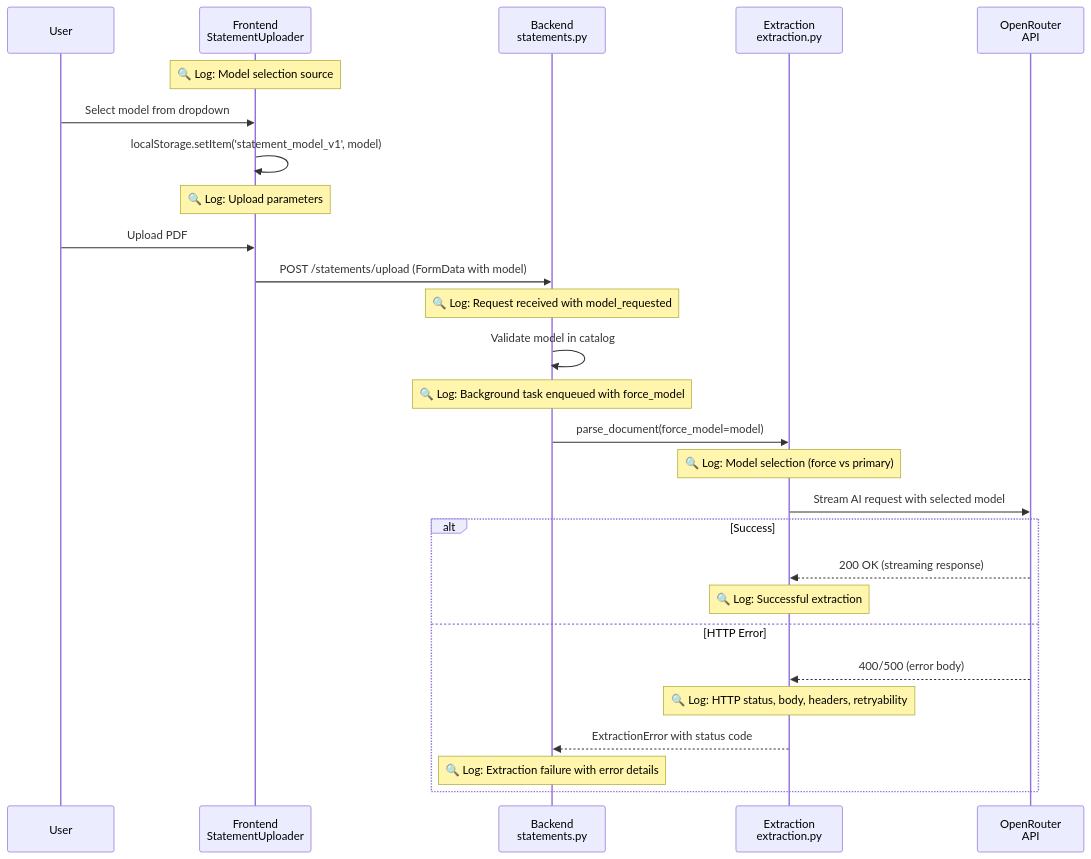
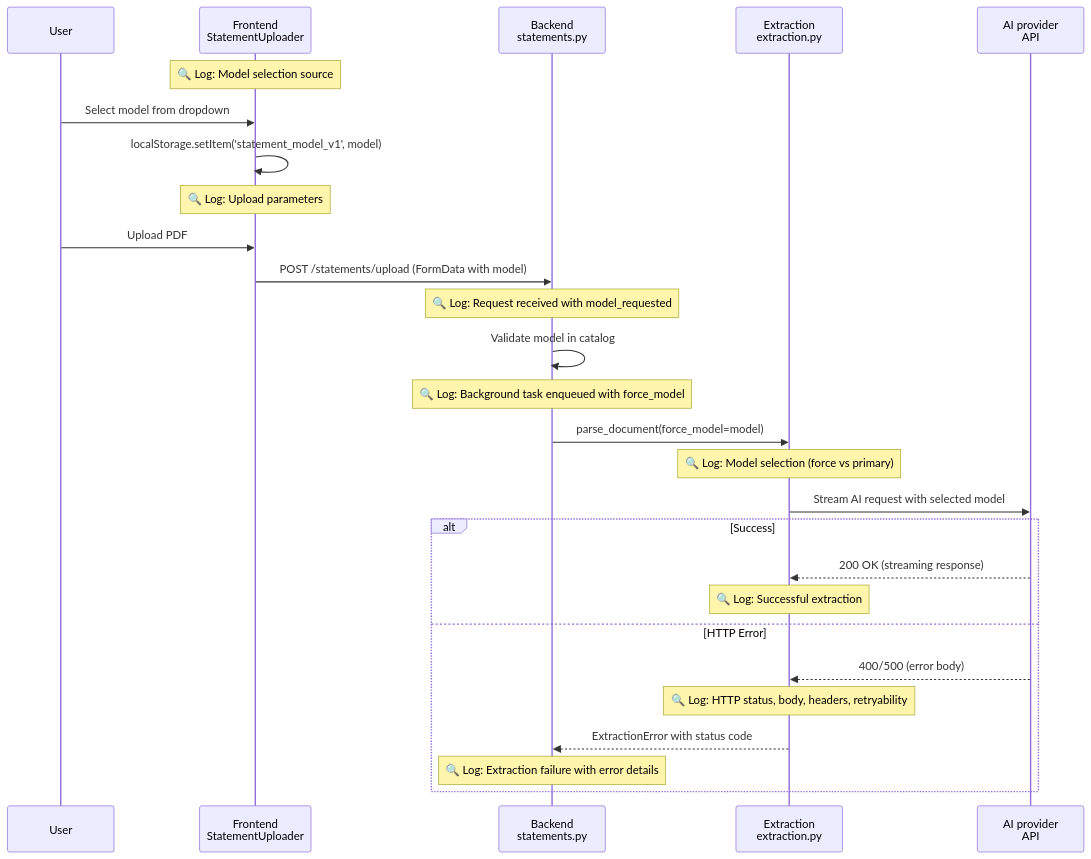
The diagram in docs/ssot/observability-logging.md (wangzitian0/finance_report), drawn with Mermaid before and after one commit. The commit also changed other lines of this file and 27 other files, not shown here.

````diff
--- a/docs/ssot/observability-logging.md
+++ b/docs/ssot/observability-logging.md
@@ -38,35 +38,35 @@
 ```mermaid
 sequenceDiagram
     participant U as User
     participant FE as Frontend<br/>StatementUploader
     participant BE as Backend<br/>statements.py
     participant EX as Extraction<br/>extraction.py
-    participant OR as OpenRouter<br/>API
+    participant OR as AI provider<br/>API
 
     Note over FE: 🔍 Log: Model selection source
     U->>FE: Select model from dropdown
     FE->>FE: localStorage.setItem('statement_model_v1', model)
     
     Note over FE: 🔍 Log: Upload parameters
     U->>FE: Upload PDF
     FE->>BE: POST /statements/upload (FormData with model)
     
     Note over BE: 🔍 Log: Request received with model_requested
     BE->>BE: Validate model in catalog
     
     Note over BE: 🔍 Log: Background task enqueued with force_model
     BE->>EX: parse_document(force_model=model)
     
     Note over EX: 🔍 Log: Model selection (force vs primary)
     EX->>OR: Stream AI request with selected model
     
     alt Success
         OR-->>EX: 200 OK (streaming response)
         Note over EX: 🔍 Log: Successful extraction
     else HTTP Error
         OR-->>EX: 400/500 (error body)
         Note over EX: 🔍 Log: HTTP status, body, headers, retryability
         EX-->>BE: ExtractionError with status code
         Note over BE: 🔍 Log: Extraction failure with error details
     end
 ```
````
